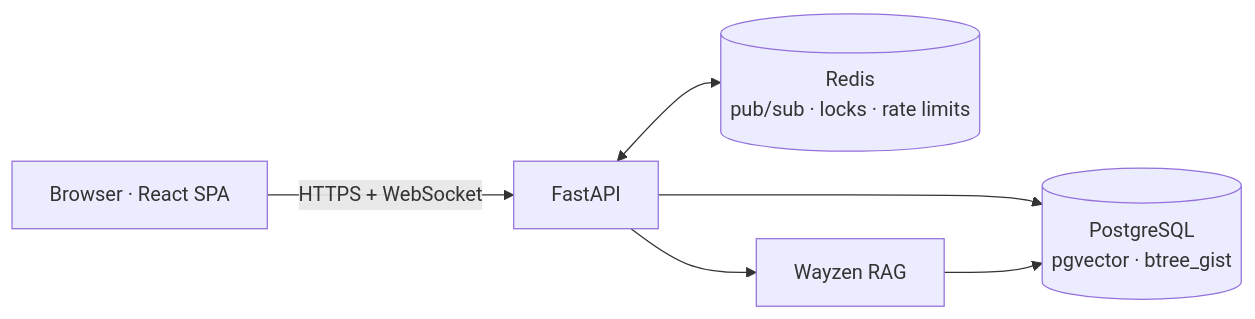
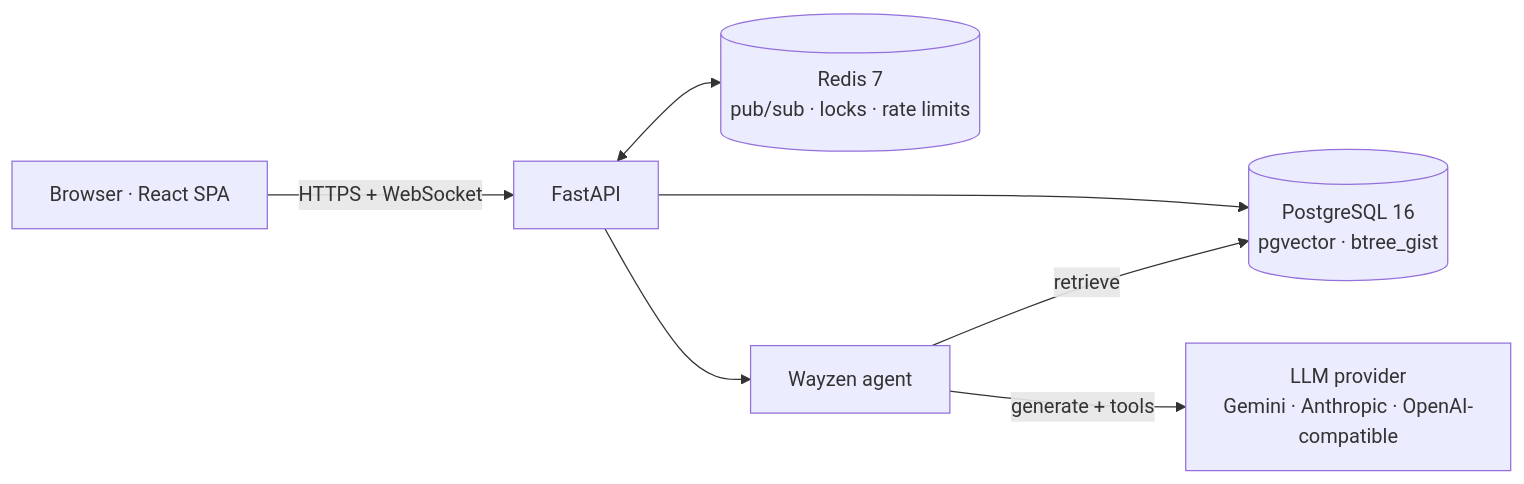
Before and after one commit to priyamthakur275/QueueFlow: the first of 2 diagrams in README.md, drawn with Mermaid. The commit also changed other lines of this file, not shown here.

````diff
--- a/README.md
+++ b/README.md
@@ -35,8 +70,9 @@
 ```mermaid
 flowchart LR
   U[Browser · React SPA] -- HTTPS + WebSocket --> A[FastAPI]
-  A --> P[(PostgreSQL<br/>pgvector · btree_gist)]
-  A <--> R[(Redis<br/>pub/sub · locks · rate limits)]
-  A --> W[Wayzen RAG]
-  W --> P
+  A --> P[(PostgreSQL 16<br/>pgvector · btree_gist)]
+  A <--> R[(Redis 7<br/>pub/sub · locks · rate limits)]
+  A --> W[Wayzen agent]
+  W -->|retrieve| P
+  W -->|generate + tools| L[LLM provider<br/>Gemini · Anthropic · OpenAI-compatible]
 ```
````
